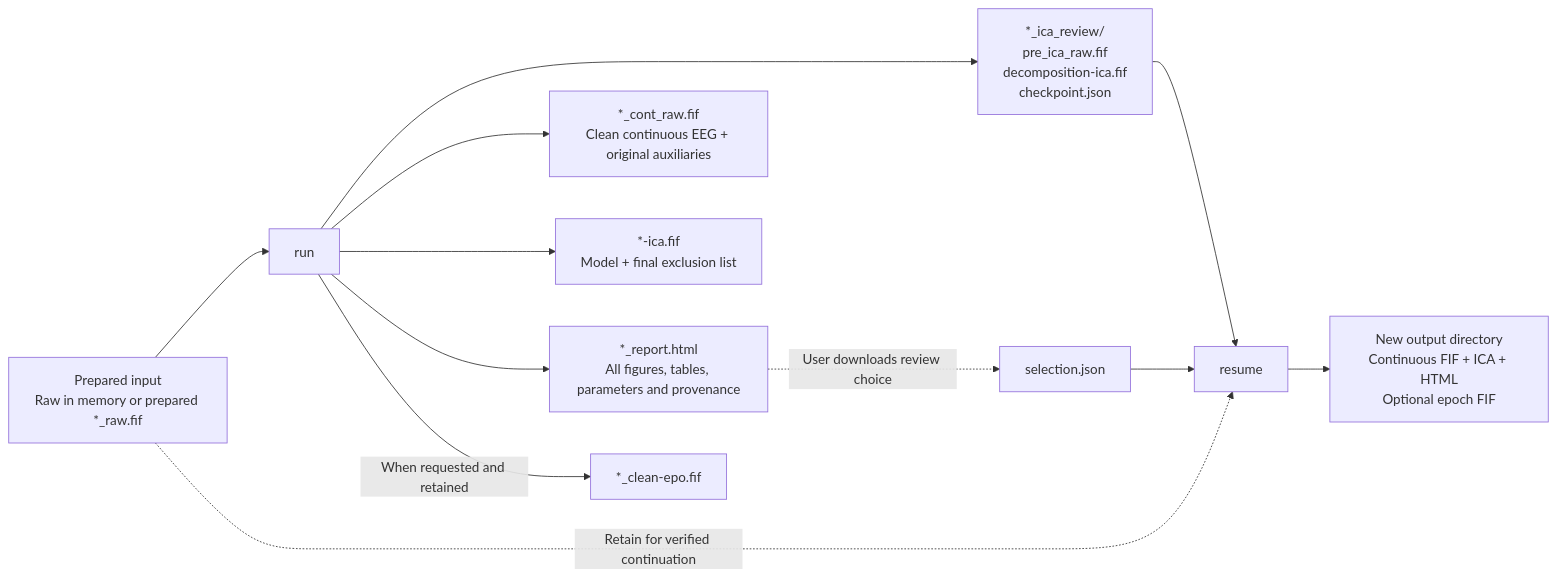
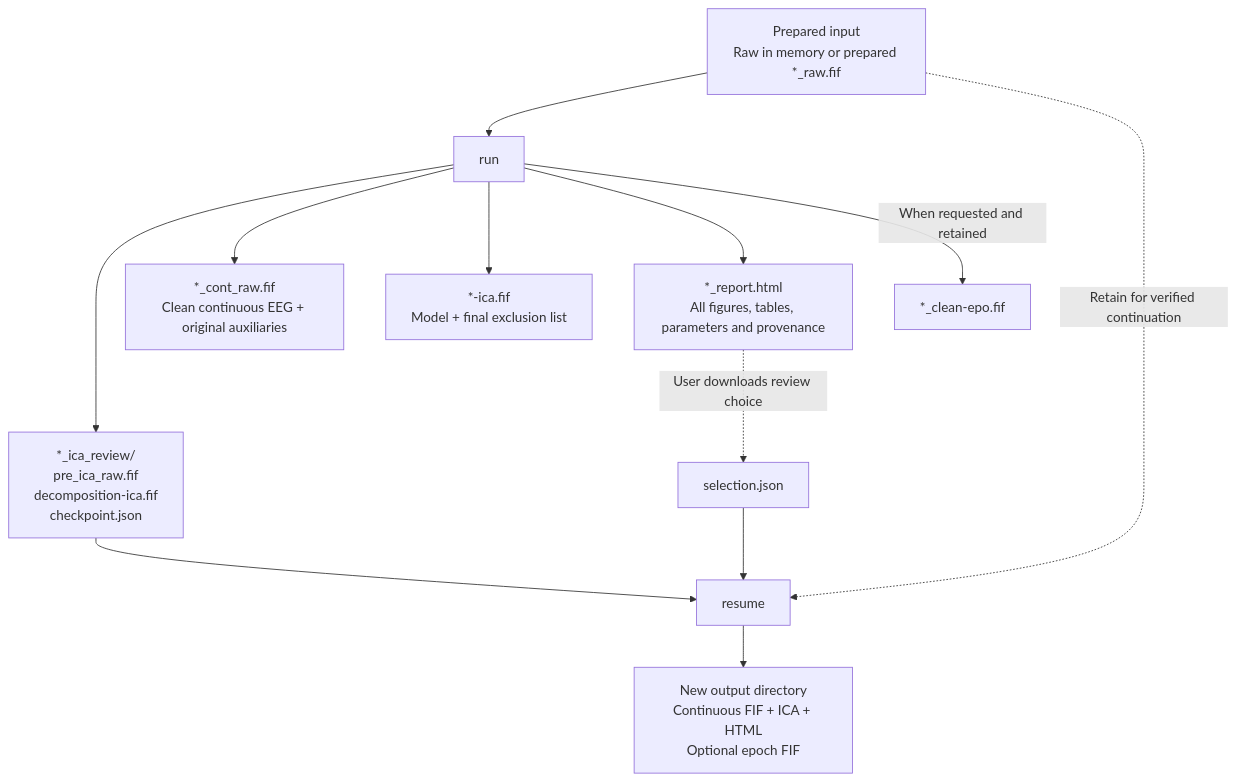
One commit to LeiGuo0812/eegproc changed the third of 3 diagrams in docs/en/workflow.md. Above: the diagram before and after it, drawn with Mermaid. The commit also changed other lines of this file and 109 other files, not shown here.

Commit message:
Keep current eegproc package and vertical workflow diagrams

````diff
--- a/docs/en/workflow.md
+++ b/docs/en/workflow.md
@@ -89,14 +93,16 @@
 ```mermaid
-flowchart LR
+flowchart TB
+    accTitle: Input and output files
+    accDescr: Top-down sequence of processing, review decisions, or delivered files.
     IN["Prepared input<br/>Raw in memory or prepared *_raw.fif"] --> RUN["run"]
     IN -.->|Retain for verified continuation| RESUME["resume"]
     RUN --> CP["*_ica_review/<br/>pre_ica_raw.fif<br/>decomposition-ica.fif<br/>checkpoint.json"]
     CP --> RESUME
     RUN --> CONT["*_cont_raw.fif<br/>Clean continuous EEG + original auxiliaries"]
     RUN --> MODEL["*-ica.fif<br/>Model + final exclusion list"]
     RUN --> REPORT["*_report.html<br/>All figures, tables, parameters and provenance"]
     RUN -->|When requested and retained| EPO["*_clean-epo.fif"]
     REPORT -.->|User downloads review choice| SEL["selection.json"]
     SEL --> RESUME
     RESUME --> NEW["New output directory<br/>Continuous FIF + ICA + HTML<br/>Optional epoch FIF"]
 ```
````
